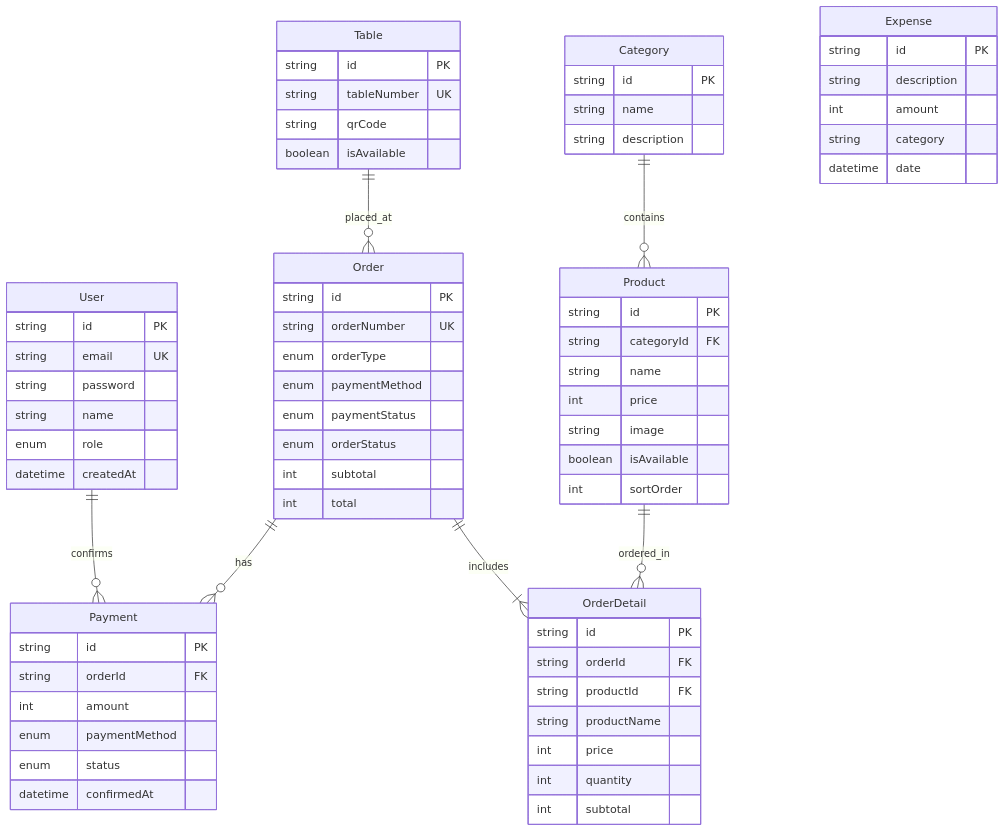
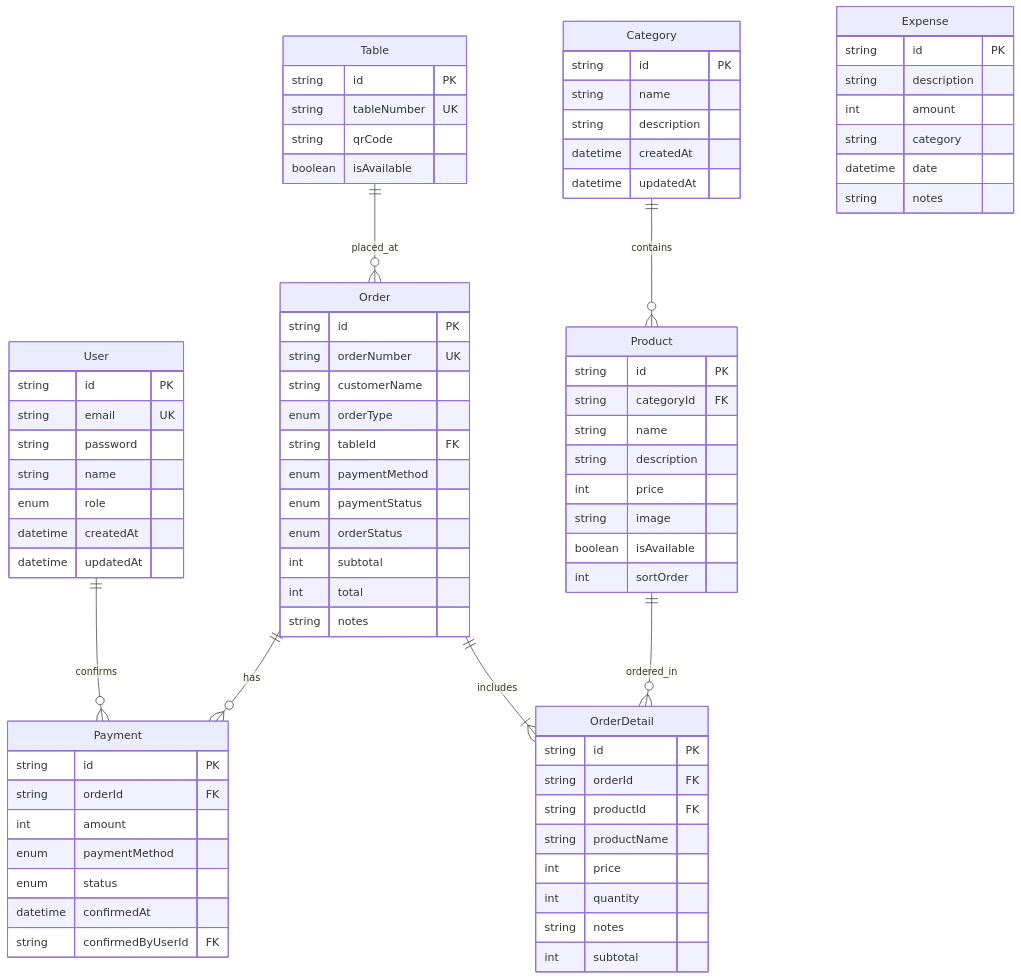
One commit to aldxynnn/kuliner-msme changed the second of 2 diagrams in docs/ARCHITECTURE.md. Above: the diagram before and after it, drawn with Mermaid. The commit also changed other lines of this file and 36 other files, not shown here.

````diff
--- a/docs/ARCHITECTURE.md
+++ b/docs/ARCHITECTURE.md
@@ -70,18 +69,22 @@
         string name
         enum role
         datetime createdAt
+        datetime updatedAt
     }
 
     Category {
         string id PK
         string name
         string description
+        datetime createdAt
+        datetime updatedAt
     }
 
     Product {
         string id PK
         string categoryId FK
         string name
+        string description
         int price
         string image
         boolean isAvailable
@@ -98,12 +101,15 @@
     Order {
         string id PK
         string orderNumber UK
+        string customerName
         enum orderType
+        string tableId FK
         enum paymentMethod
         enum paymentStatus
         enum orderStatus
         int subtotal
         int total
+        string notes
     }
 
     OrderDetail {
@@ -113,6 +119,7 @@
         string productName
         int price
         int quantity
+        string notes
         int subtotal
     }
 
@@ -123,6 +130,7 @@
         enum paymentMethod
         enum status
         datetime confirmedAt
+        string confirmedByUserId FK
     }
 
     Expense {
@@ -131,5 +139,6 @@
         int amount
         string category
         datetime date
+        string notes
     }
 ```
````
